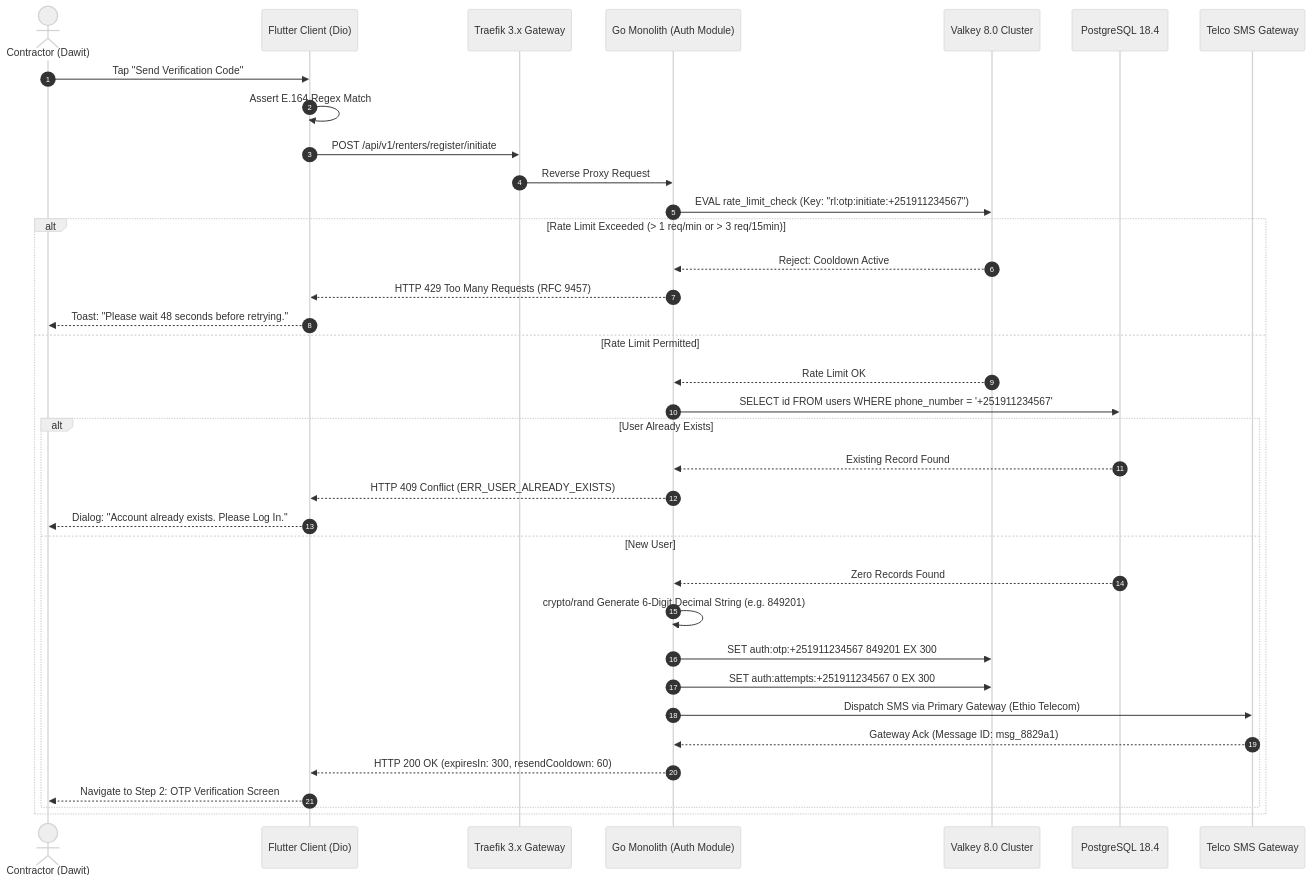
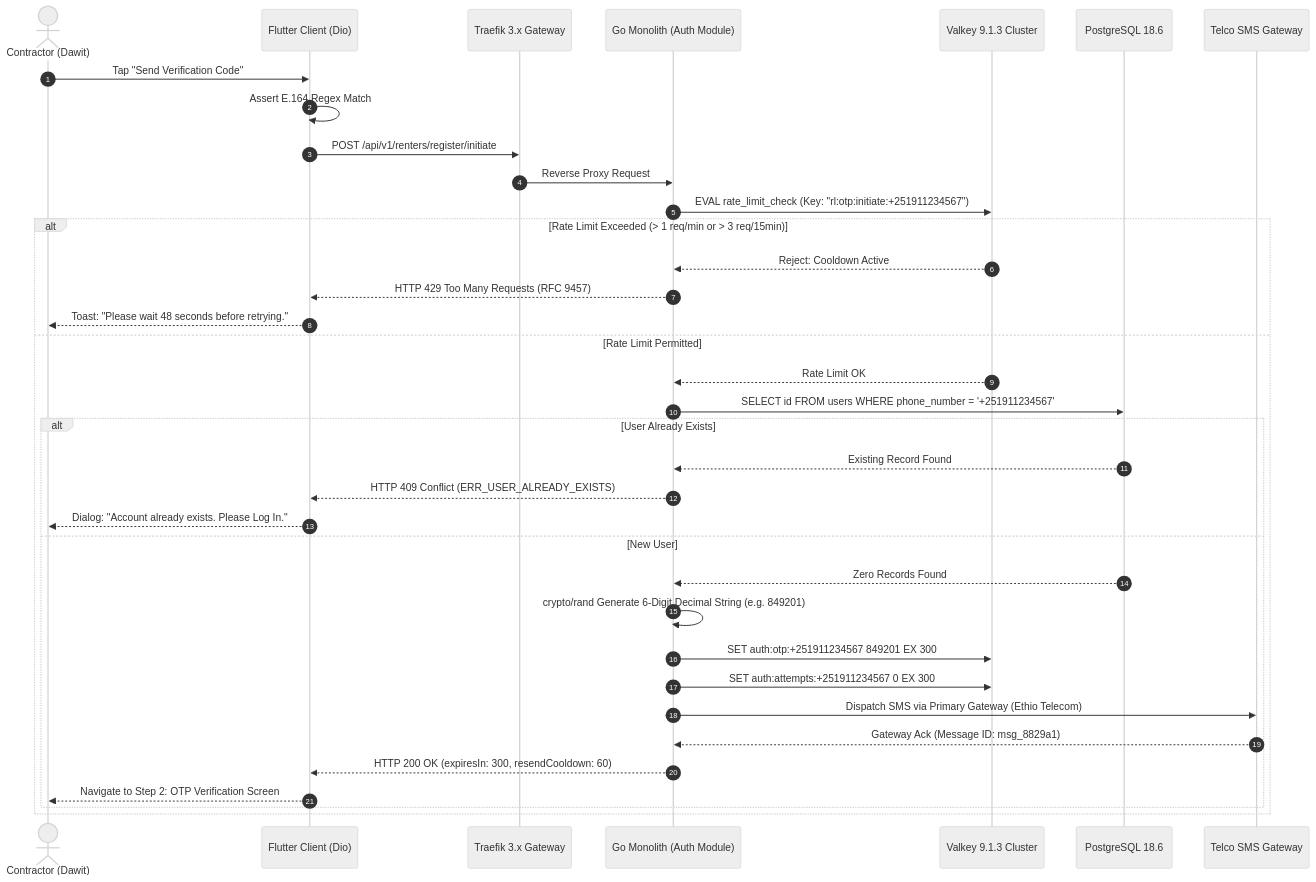
Before and after one commit to YDink/Heavy-Machinery-Logistics-Rental: the second of 5 diagrams in docs/shared/flows/02-renter-registration-authentication.md, drawn with Mermaid (neutral theme). The commit also changed other lines of this file and 212 other files, not shown here.

````diff
--- a/docs/shared/flows/02-renter-registration-authentication.md
+++ b/docs/shared/flows/02-renter-registration-authentication.md
@@ -193,40 +193,40 @@
 ```mermaid
 sequenceDiagram
     autonumber
     actor Dawit as Contractor (Dawit)
     participant Client as Flutter Client (Dio)
     participant Edge as Traefik 3.x Gateway
     participant Monolith as Go Monolith (Auth Module)
-    participant VK as Valkey 8.0 Cluster
-    participant DB as PostgreSQL 18.4
+    participant VK as Valkey 9.1.3 Cluster
+    participant DB as PostgreSQL 18.6
     participant SMS as Telco SMS Gateway
 
     Dawit->>Client: Tap "Send Verification Code"
     Client->>Client: Assert E.164 Regex Match
     Client->>Edge: POST /api/v1/renters/register/initiate
     Edge->>Monolith: Reverse Proxy Request
     
     Monolith->>VK: EVAL rate_limit_check (Key: "rl:otp:initiate:+251911234567")
     alt Rate Limit Exceeded (> 1 req/min or > 3 req/15min)
         VK-->>Monolith: Reject: Cooldown Active
         Monolith-->>Client: HTTP 429 Too Many Requests (RFC 9457)
         Client-->>Dawit: Toast: "Please wait 48 seconds before retrying."
     else Rate Limit Permitted
         VK-->>Monolith: Rate Limit OK
         Monolith->>DB: SELECT id FROM users WHERE phone_number = '+251911234567'
         alt User Already Exists
             DB-->>Monolith: Existing Record Found
             Monolith-->>Client: HTTP 409 Conflict (ERR_USER_ALREADY_EXISTS)
             Client-->>Dawit: Dialog: "Account already exists. Please Log In."
         else New User
             DB-->>Monolith: Zero Records Found
             Monolith->>Monolith: crypto/rand Generate 6-Digit Decimal String (e.g. 849201)
             Monolith->>VK: SET auth:otp:+251911234567 849201 EX 300
             Monolith->>VK: SET auth:attempts:+251911234567 0 EX 300
             Monolith->>SMS: Dispatch SMS via Primary Gateway (Ethio Telecom)
             SMS-->>Monolith: Gateway Ack (Message ID: msg_8829a1)
             Monolith-->>Client: HTTP 200 OK (expiresIn: 300, resendCooldown: 60)
             Client-->>Dawit: Navigate to Step 2: OTP Verification Screen
         end
     end
 ```
````
